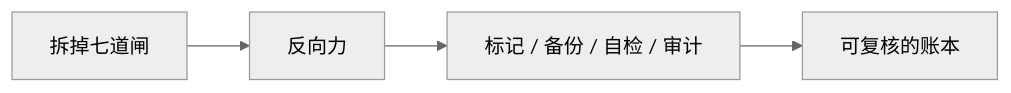
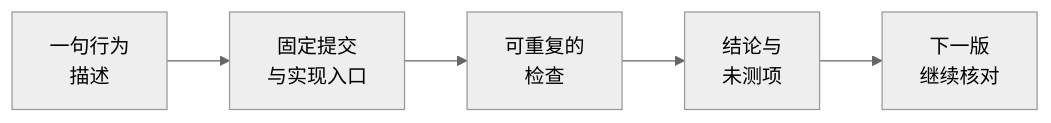
The diagram in 07-结语.md (zhuguang-ZFG/dsh-purge-book), drawn with Mermaid (neutral theme) before and after one commit. The commit also changed other lines of this file and 79 other files, not shown here.

````diff
--- a/07-结语.md
+++ b/07-结语.md
@@ -28,6 +19,7 @@
 ```mermaid
 flowchart LR
-    A["拆掉七道闸"] --> B["反向力"]
-    B --> C["标记 / 备份 / 自检 / 审计"]
-    C --> D["可复核的账本"]
+    S["一句行为<br/>描述"] --> C["固定提交<br/>与实现入口"]
+    C --> E["可重复的<br/>检查"]
+    E --> R["结论与<br/>未测项"]
+    R --> M["下一版<br/>继续核对"]
 ```
````
